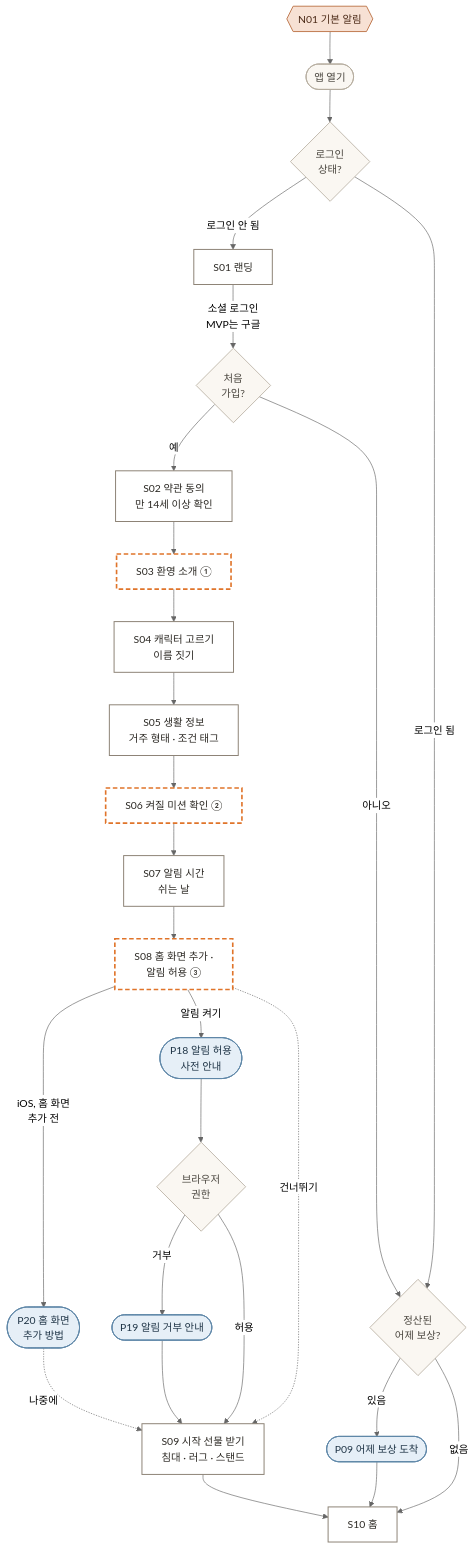
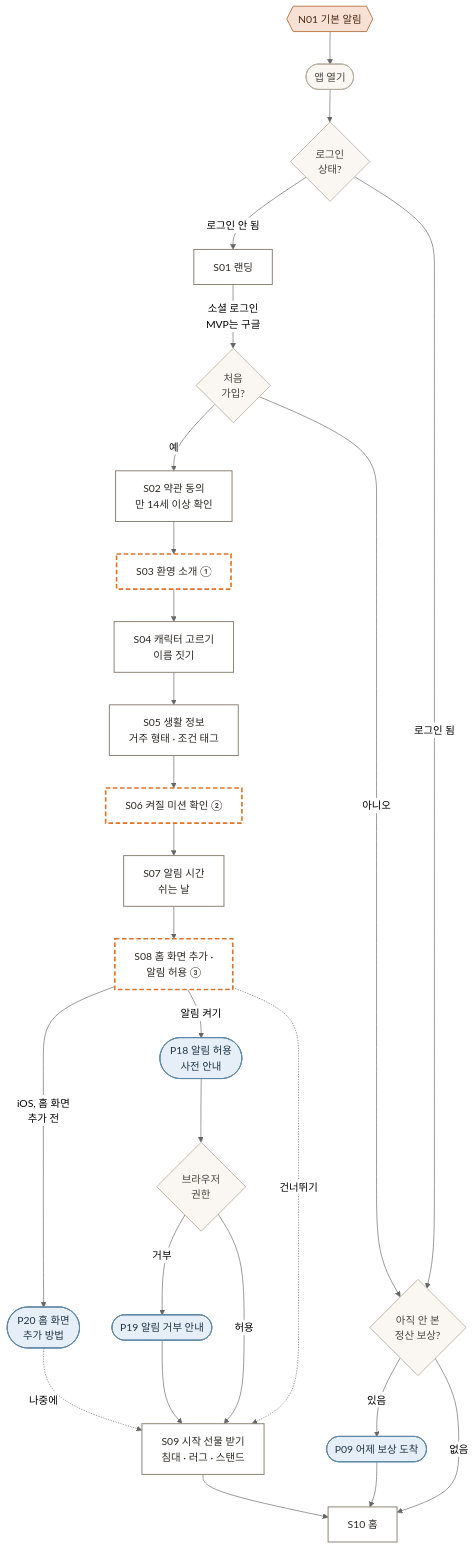
The first of 7 diagrams in docs/screen-flow.md (rebi13/taketoday), drawn with Mermaid (neutral theme) before and after one commit. The commit also changed 24 other files, not shown here.

````diff
--- a/docs/screen-flow.md
+++ b/docs/screen-flow.md
@@ -37,37 +37,37 @@
 ```mermaid
 flowchart TD
   N01{{"N01 기본 알림"}}:::push --> start
   start(["앱 열기"]):::q --> auth{"로그인<br>상태?"}:::q
   auth -- "로그인 안 됨" --> S01["S01 랜딩"]:::screen
   S01 -- "소셜 로그인<br>MVP는 구글" --> isnew{"처음<br>가입?"}:::q
   isnew -- "예" --> S02["S02 약관 동의<br>만 14세 이상 확인"]:::screen
   S02 --> S03["S03 환영 소개 ①"]:::dS
   S03 --> S04["S04 캐릭터 고르기<br>이름 짓기"]:::screen
   S04 --> S05["S05 생활 정보<br>거주 형태 · 조건 태그"]:::screen
   S05 --> S06["S06 켜질 미션 확인 ②"]:::dS
   S06 --> S07["S07 알림 시간<br>쉬는 날"]:::screen
   S07 --> S08["S08 홈 화면 추가 ·<br>알림 허용 ③"]:::dS
   S08 -- "iOS, 홈 화면<br>추가 전" --> P20(["P20 홈 화면<br>추가 방법"]):::pop
   S08 -- "알림 켜기" --> P18(["P18 알림 허용<br>사전 안내"]):::pop
   P18 --> perm{"브라우저<br>권한"}:::q
   perm -- "거부" --> P19(["P19 알림 거부 안내"]):::pop
   perm -- "허용" --> S09
   P19 --> S09
   P20 -. "나중에" .-> S09
   S08 -. "건너뛰기" .-> S09
   S09["S09 시작 선물 받기<br>침대 · 러그 · 스탠드"]:::screen --> S10
-  auth -- "로그인 됨" --> settle{"정산된<br>어제 보상?"}:::q
+  auth -- "로그인 됨" --> settle{"아직 안 본<br>정산 보상?"}:::q
   isnew -- "아니오" --> settle
   settle -- "있음" --> P09(["P09 어제 보상 도착"]):::pop --> S10
   settle -- "없음" --> S10["S10 홈"]:::screen
 
 classDef screen fill:#ffffff,stroke:#8b8174,stroke-width:1.5px,color:#2b2823
 classDef pop fill:#e6eff7,stroke:#5f87a8,stroke-width:1.5px,color:#1f3446
 classDef toast fill:#fbf0d2,stroke:#c29a2e,stroke-width:1.5px,color:#4a3a0c
 classDef push fill:#f7e1d4,stroke:#c07a50,stroke-width:1.5px,color:#4c2a17
 classDef empty fill:#eeece7,stroke:#9b968c,stroke-width:1.5px,color:#3d3a34
 classDef q fill:#faf7f2,stroke:#b3aa9c,stroke-width:1.2px,color:#4a463f
 classDef sys fill:#e9e6f2,stroke:#7c74a6,stroke-width:1.5px,color:#2c2747
 classDef dS fill:#ffffff,stroke:#e0742a,stroke-width:2.5px,stroke-dasharray:7 4,color:#2b2823
 classDef dP fill:#e6eff7,stroke:#e0742a,stroke-width:2.5px,stroke-dasharray:7 4,color:#1f3446
 ```
````
